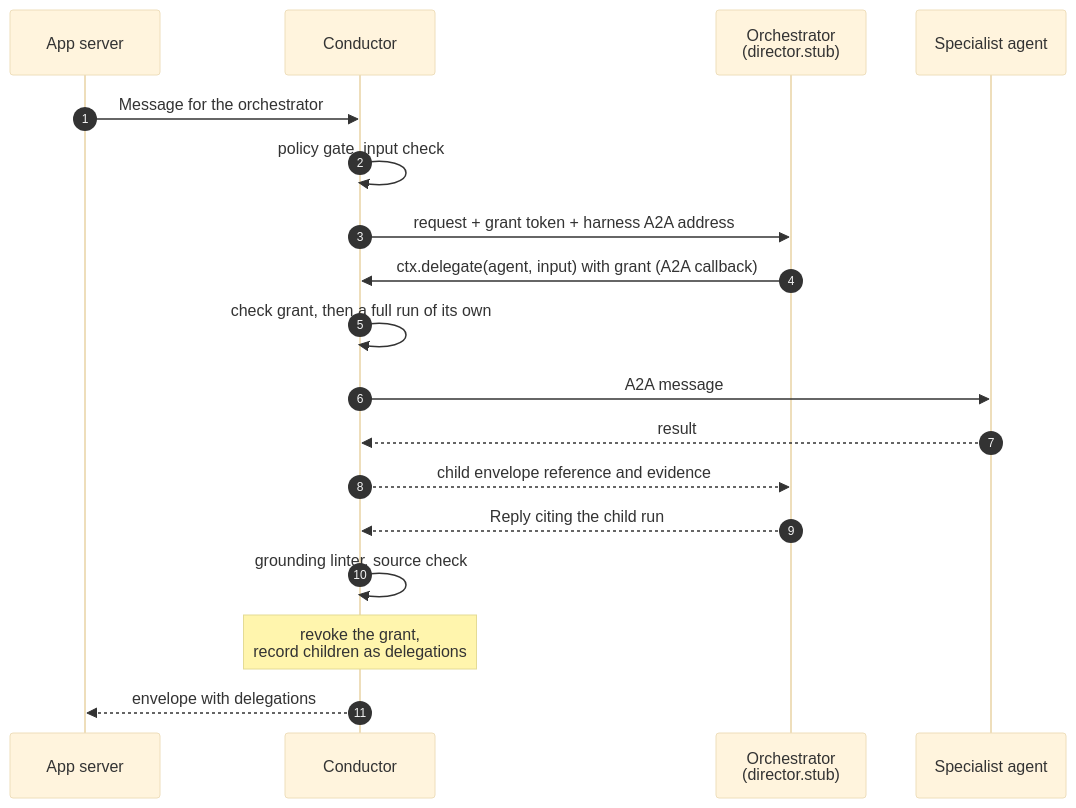
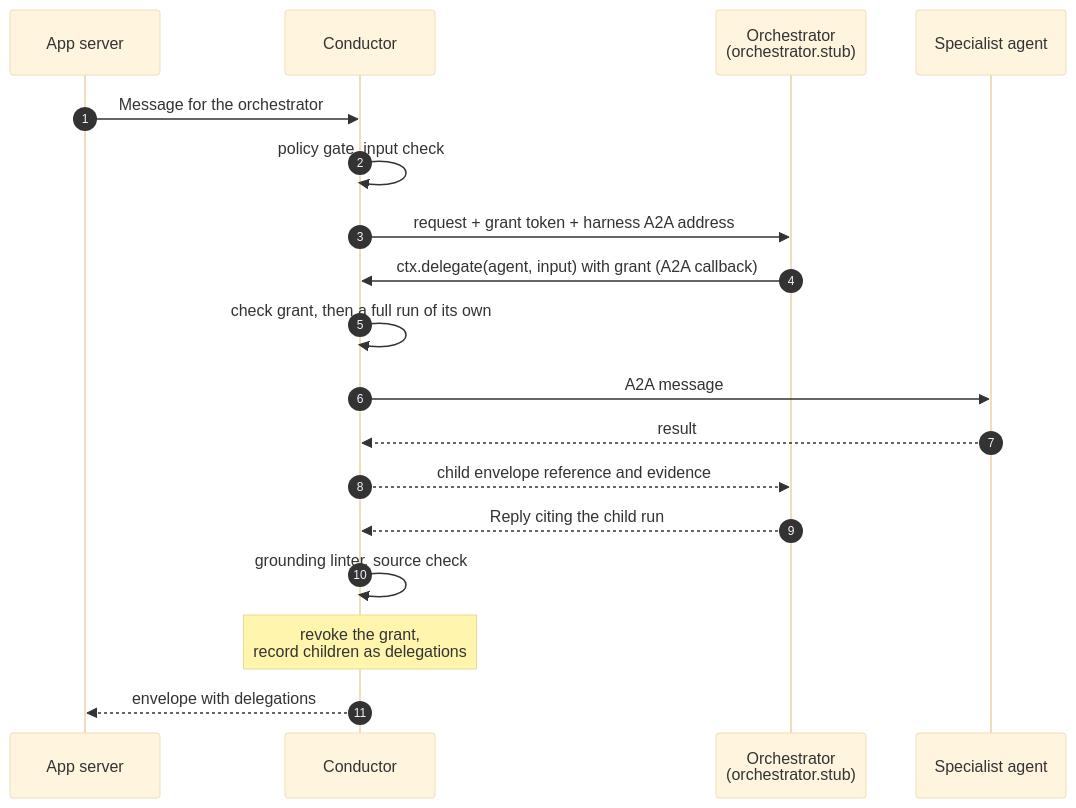
The fourth of 5 diagrams in docs/architecture.md (data-director-agent/data-director), drawn with Mermaid (base theme) before and after one commit. The commit also changed other lines of this file and 335 other files, not shown here.

````diff
--- a/docs/architecture.md
+++ b/docs/architecture.md
@@ -192,21 +192,21 @@
 ```mermaid
 sequenceDiagram
     autonumber
     participant App as App server
     participant C as Conductor
-    participant D as Orchestrator<br/>(director.stub)
+    participant D as Orchestrator<br/>(orchestrator.stub)
     participant X as Specialist agent
 
     App->>C: Message for the orchestrator
     C->>C: policy gate, input check
     C->>D: request + grant token + harness A2A address
     D->>C: ctx.delegate(agent, input) with grant (A2A callback)
     C->>C: check grant, then a full run of its own
     C->>X: A2A message
     X-->>C: result
     C-->>D: child envelope reference and evidence
     D-->>C: Reply citing the child run
     C->>C: grounding linter, source check
     Note over C: revoke the grant,<br/>record children as delegations
     C-->>App: envelope with delegations
 ```
````
